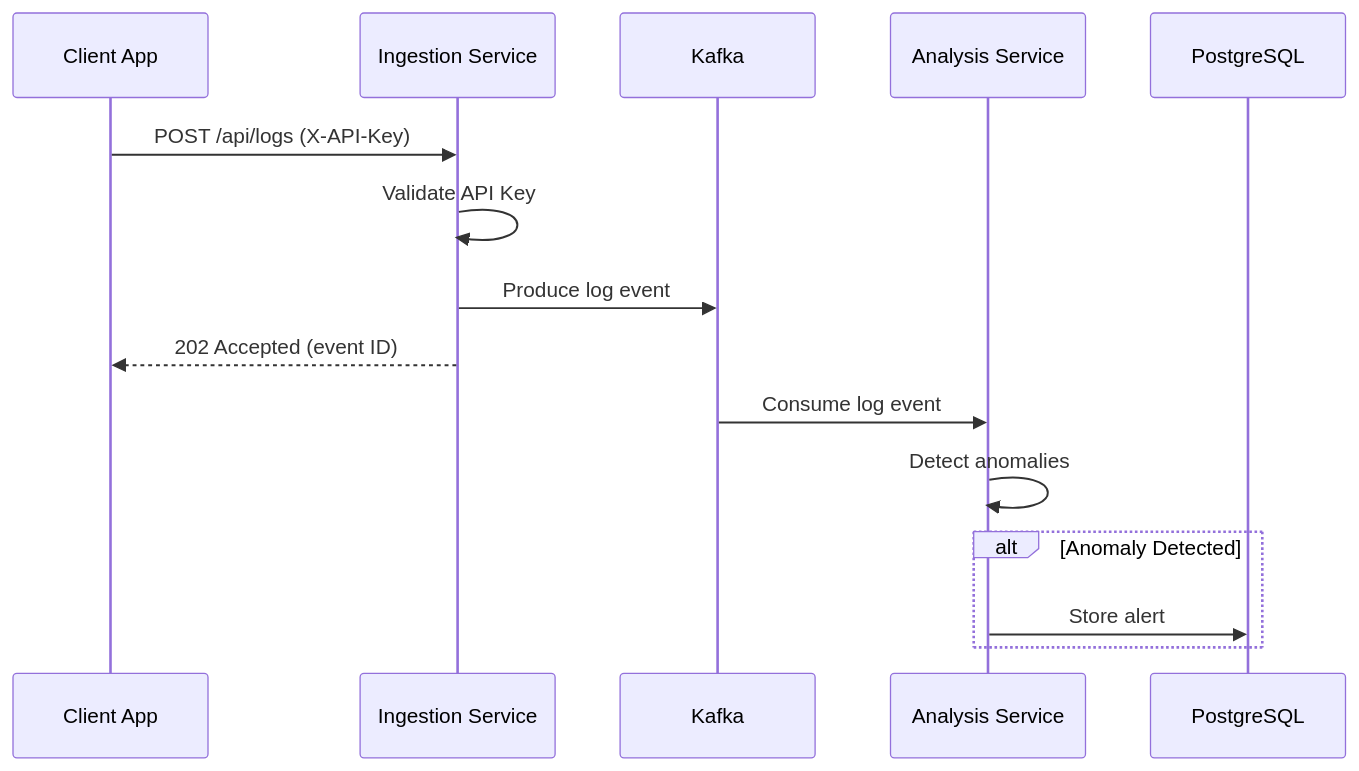
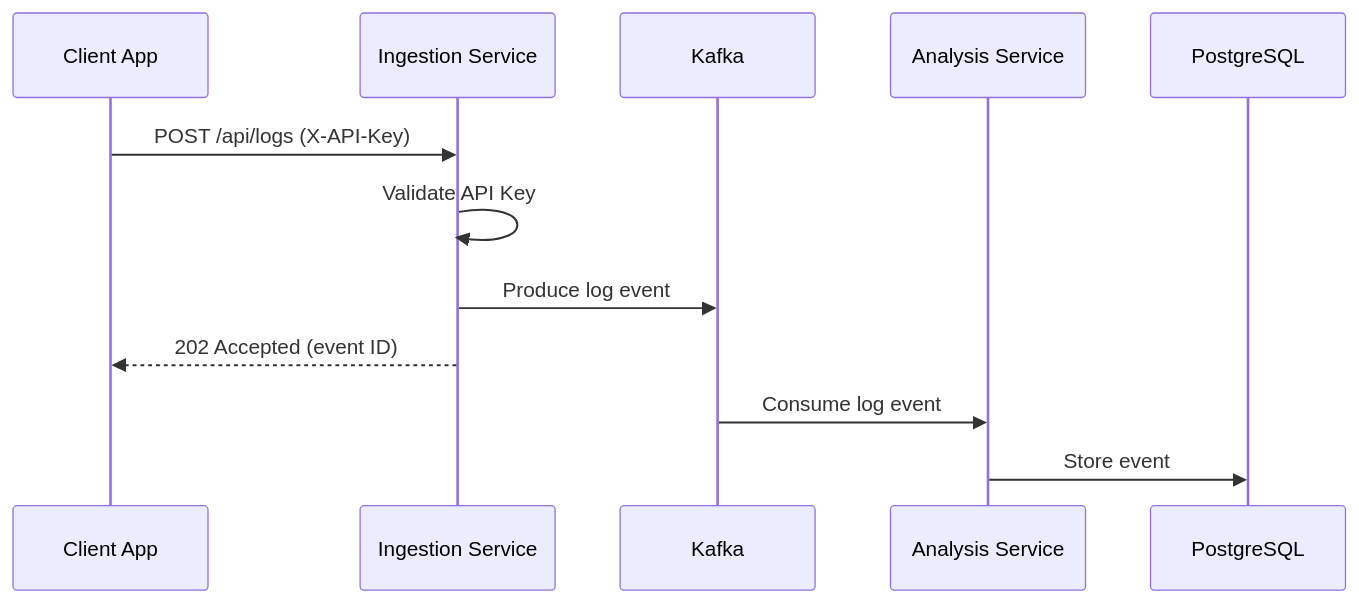
Before and after one commit to MeniToledano/loganomaly: the second of 2 diagrams in README.md, drawn with Mermaid. The commit also changed other lines of this file and 20 other files, not shown here.

````diff
--- a/README.md
+++ b/README.md
@@ -61,19 +58,16 @@
 ```mermaid
 sequenceDiagram
     participant Client as Client App
     participant Ingestion as Ingestion Service
     participant Kafka as Kafka
     participant Analysis as Analysis Service
     participant DB as PostgreSQL
 
     Client->>Ingestion: POST /api/logs (X-API-Key)
     Ingestion->>Ingestion: Validate API Key
     Ingestion->>Kafka: Produce log event
     Ingestion-->>Client: 202 Accepted (event ID)
     
     Kafka->>Analysis: Consume log event
-    Analysis->>Analysis: Detect anomalies
-    alt Anomaly Detected
-        Analysis->>DB: Store alert
-    end
+    Analysis->>DB: Store event
 ```
````
